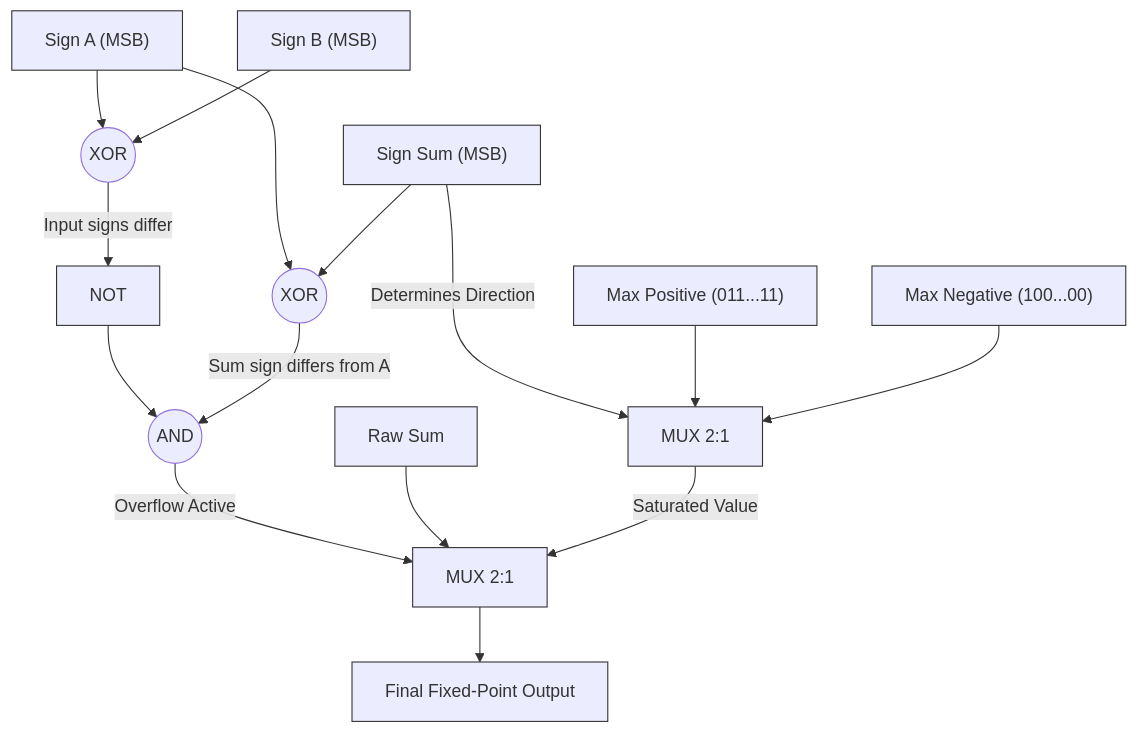
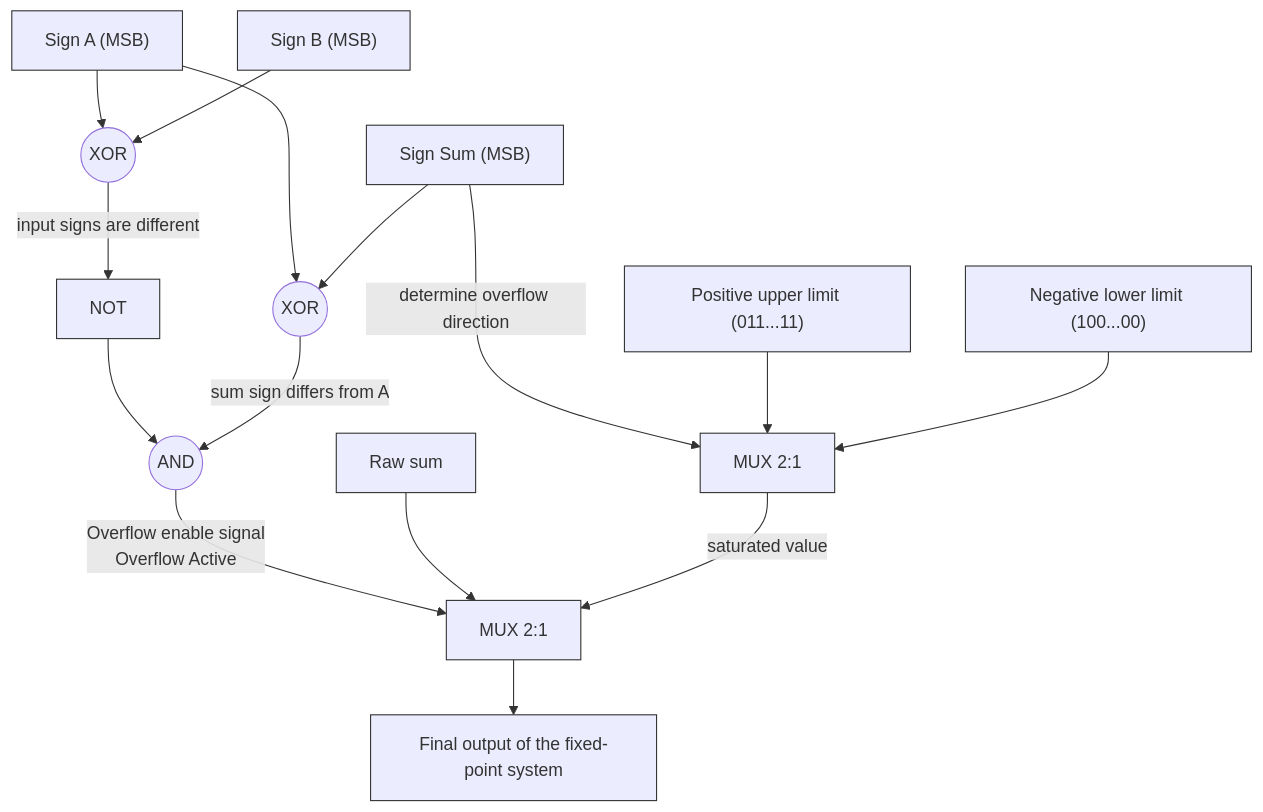
The tenth of 12 diagrams in FXP/FXP.md (Mohammad-Khoshroo/number-systems), drawn with Mermaid before and after one commit. The commit also changed other lines of this file and 1 other file, not shown here.

````diff
--- a/FXP/FXP.md
+++ b/FXP/FXP.md
@@ -236,28 +530,28 @@
 ```mermaid
 flowchart TD
     classDef gate stroke:#333,stroke-width:1px
     classDef mux stroke:#333,stroke-width:1px
     classDef signal stroke:#333,stroke-width:1px
 
     A_sign["Sign A (MSB)"]:::signal --> XOR1((XOR))
     B_sign["Sign B (MSB)"]:::signal --> XOR1
     
     A_sign --> XOR2((XOR))
     S_sign["Sign Sum (MSB)"]:::signal --> XOR2
     
-    XOR1 -->|Input signs differ| NOT1[NOT]:::gate
+    XOR1 -->|input signs are different| NOT1[NOT]:::gate
     NOT1 --> AND1((AND))
-    XOR2 -->|Sum sign differs from A| AND1
+    XOR2 -->|sum sign differs from A| AND1
     
-    AND1 -->|Overflow Active| MUX1["MUX 2:1"]:::mux
+    AND1 -->|Overflow enable signal<br/>Overflow Active| MUX1["MUX 2:1"]:::mux
     
-    Sum_raw["Raw Sum"]:::signal --> MUX1
+    Sum_raw["Raw sum"]:::signal --> MUX1
     
-    S_sign -->|Determines Direction| MUX2["MUX 2:1"]:::mux
-    Max_val["Max Positive (011...11)"]:::signal --> MUX2
-    Min_val["Max Negative (100...00)"]:::signal --> MUX2
+    S_sign -->|determine overflow direction| MUX2["MUX 2:1"]:::mux
+    Max_val["Positive upper limit (011...11)"]:::signal --> MUX2
+    Min_val["Negative lower limit (100...00)"]:::signal --> MUX2
     
-    MUX2 -->|Saturated Value| MUX1
+    MUX2 -->|saturated value| MUX1
     
-    MUX1 --> Out["Final Fixed-Point Output"]:::signal
+    MUX1 --> Out["Final output of the fixed-point system"]:::signal
 ```
````
